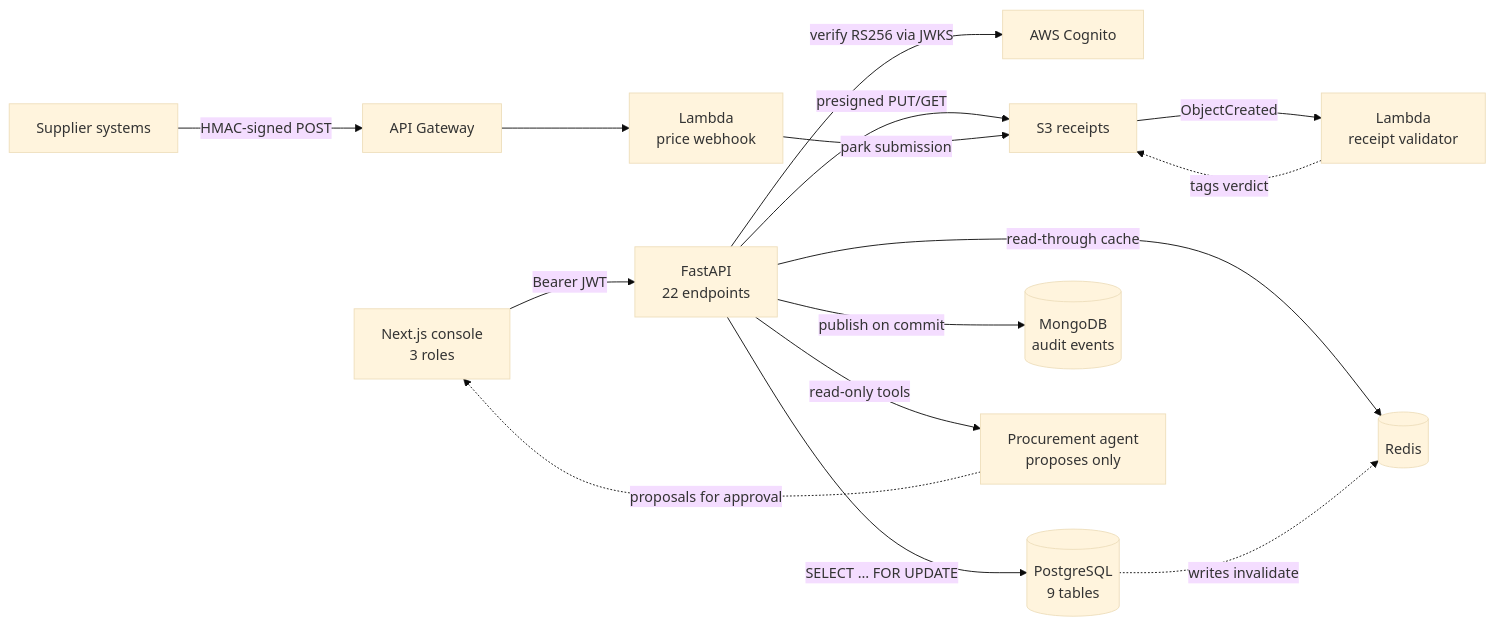
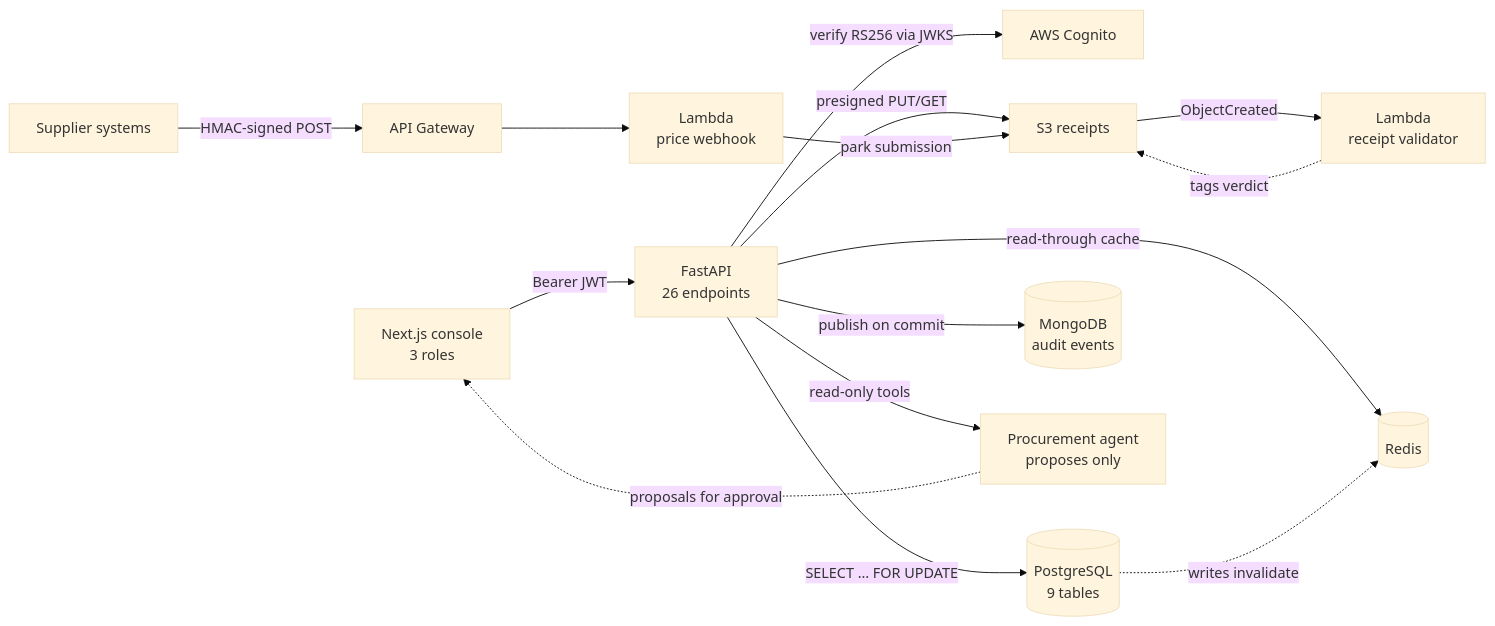
One commit to kingmars2022/stockroom-warehouse-system changed the diagram in TECHNICAL.md. Above: the diagram before and after it, drawn with Mermaid (base theme). The commit also changed other lines of this file and 2 other files, not shown here.

First line of the commit message:
docs: the API table was five routes short, and the counts had moved

````diff
--- a/TECHNICAL.md
+++ b/TECHNICAL.md
@@ -17,17 +17,17 @@
 ```mermaid
 flowchart LR
-    B["Next.js console<br/>3 roles"] -->|"Bearer JWT"| A["FastAPI<br/>22 endpoints"]
+    B["Next.js console<br/>3 roles"] -->|"Bearer JWT"| A["FastAPI<br/>26 endpoints"]
     A -->|"verify RS256 via JWKS"| C["AWS Cognito"]
     A -->|"SELECT … FOR UPDATE"| D[("PostgreSQL<br/>9 tables")]
     A -->|"read-through cache"| R[("Redis")]
     A -->|"presigned PUT/GET"| S["S3 receipts"]
     A -->|"publish on commit"| M[("MongoDB<br/>audit events")]
     D -.->|"writes invalidate"| R
     A -->|"read-only tools"| AG["Procurement agent<br/>proposes only"]
     AG -.->|"proposals for approval"| B
     SUP["Supplier systems"] -->|"HMAC-signed POST"| G["API Gateway"]
     G --> L2["Lambda<br/>price webhook"]
     L2 -->|"park submission"| S
     S -->|"ObjectCreated"| L1["Lambda<br/>receipt validator"]
     L1 -.->|"tags verdict"| S
 ```
````
